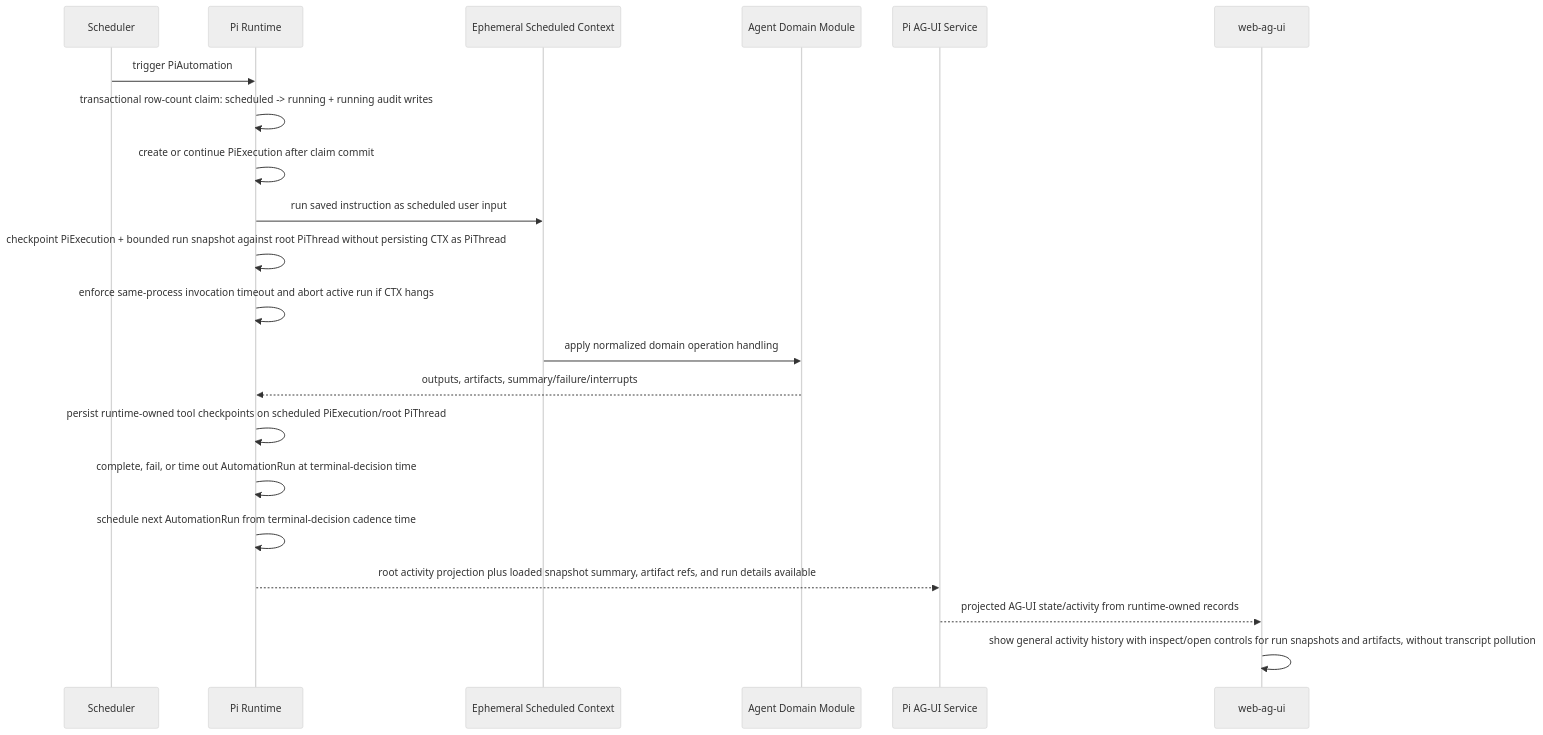
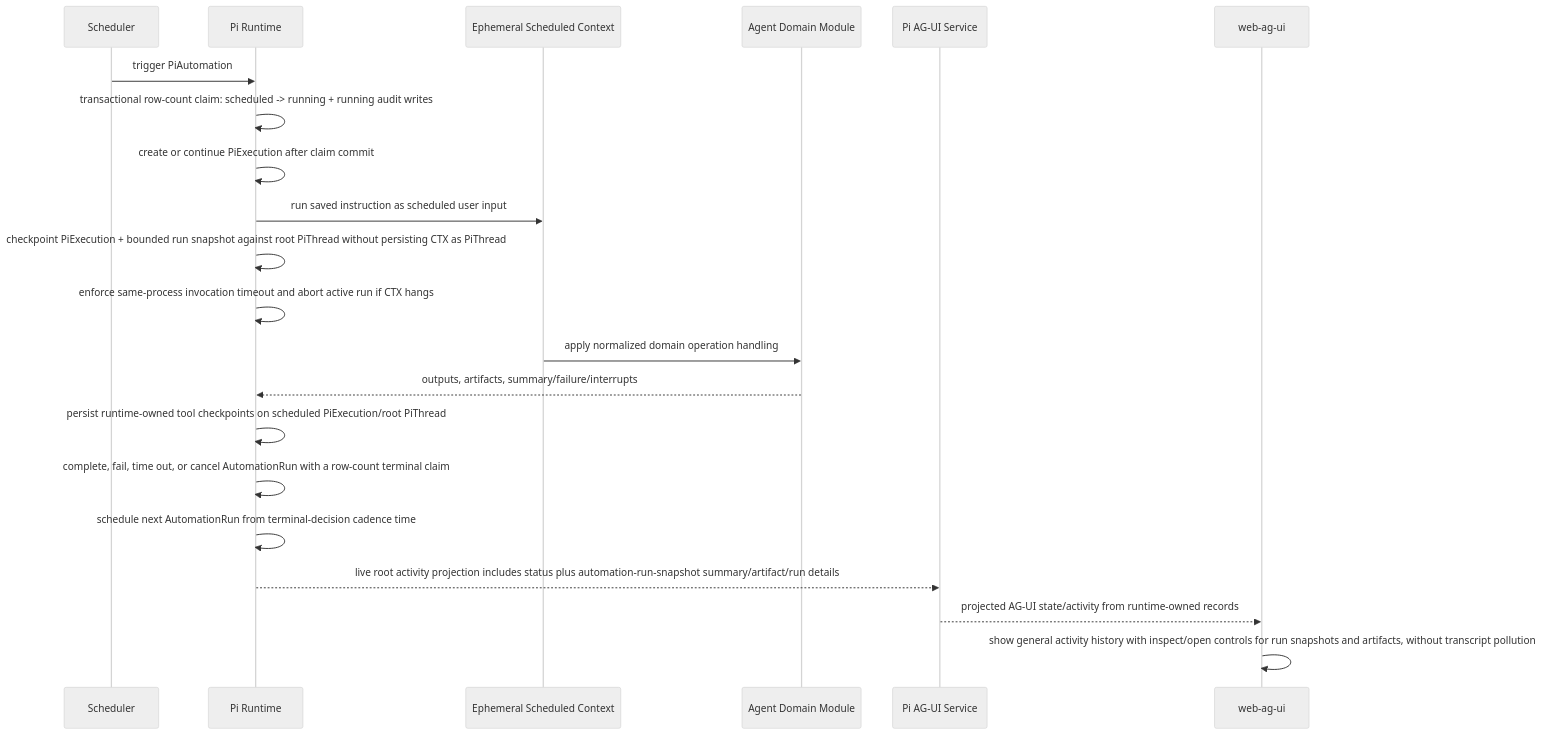
Before and after one commit to EmberAGI/arbitrum-vibekit: the sixth of 7 diagrams in typescript/clients/web-ag-ui/docs/c4-pi-runtime-architecture-and-boundaries.md, drawn with Mermaid (neutral theme). The commit also changed 7 other files, not shown here.

````diff
--- a/typescript/clients/web-ag-ui/docs/c4-pi-runtime-architecture-and-boundaries.md
+++ b/typescript/clients/web-ag-ui/docs/c4-pi-runtime-architecture-and-boundaries.md
@@ -339,24 +339,24 @@
 ```mermaid
 sequenceDiagram
   participant SCH as Scheduler
   participant RT as Pi Runtime
   participant CTX as Ephemeral Scheduled Context
   participant DM as Agent Domain Module
   participant AG as Pi AG-UI Service
   participant Web as web-ag-ui
 
   SCH->>RT: trigger PiAutomation
   RT->>RT: transactional row-count claim: scheduled -> running + running audit writes
   RT->>RT: create or continue PiExecution after claim commit
   RT->>CTX: run saved instruction as scheduled user input
   RT->>RT: checkpoint PiExecution + bounded run snapshot against root PiThread without persisting CTX as PiThread
   RT->>RT: enforce same-process invocation timeout and abort active run if CTX hangs
   CTX->>DM: apply normalized domain operation handling
   DM-->>RT: outputs, artifacts, summary/failure/interrupts
   RT->>RT: persist runtime-owned tool checkpoints on scheduled PiExecution/root PiThread
-  RT->>RT: complete, fail, or time out AutomationRun at terminal-decision time
+  RT->>RT: complete, fail, time out, or cancel AutomationRun with a row-count terminal claim
   RT->>RT: schedule next AutomationRun from terminal-decision cadence time
-  RT-->>AG: root activity projection plus loaded snapshot summary, artifact refs, and run details available
+  RT-->>AG: live root activity projection includes status plus automation-run-snapshot summary/artifact/run details
   AG-->>Web: projected AG-UI state/activity from runtime-owned records
   Web->>Web: show general activity history with inspect/open controls for run snapshots and artifacts, without transcript pollution
 ```
````
